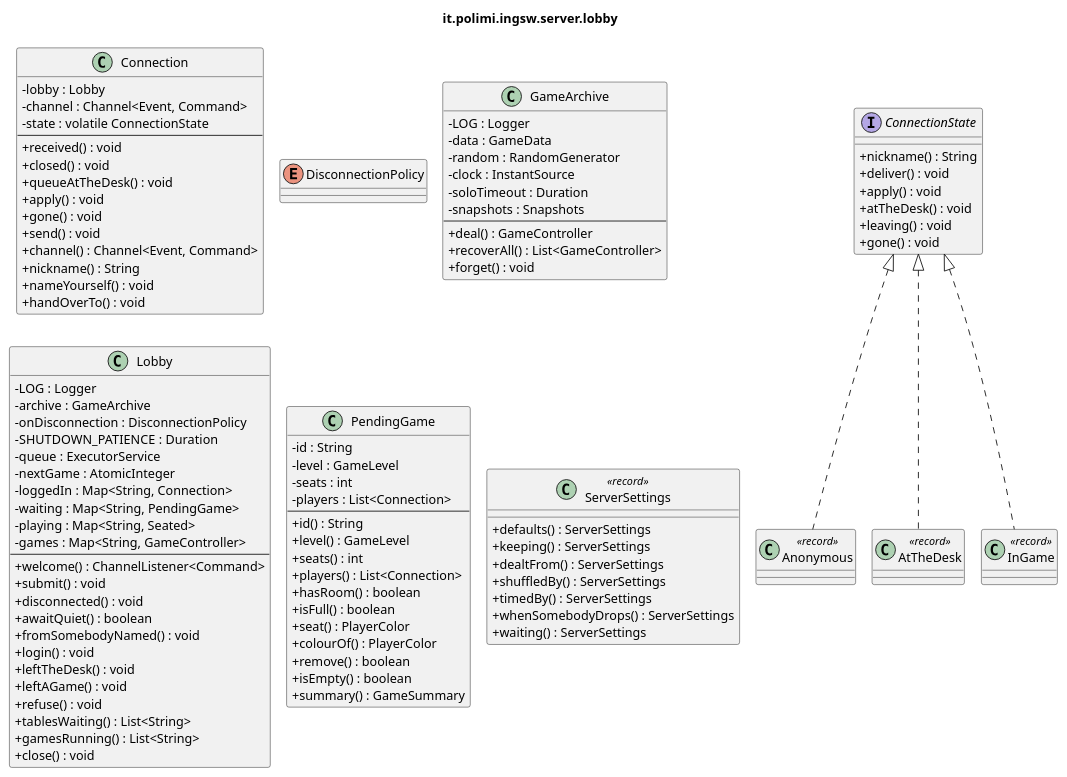
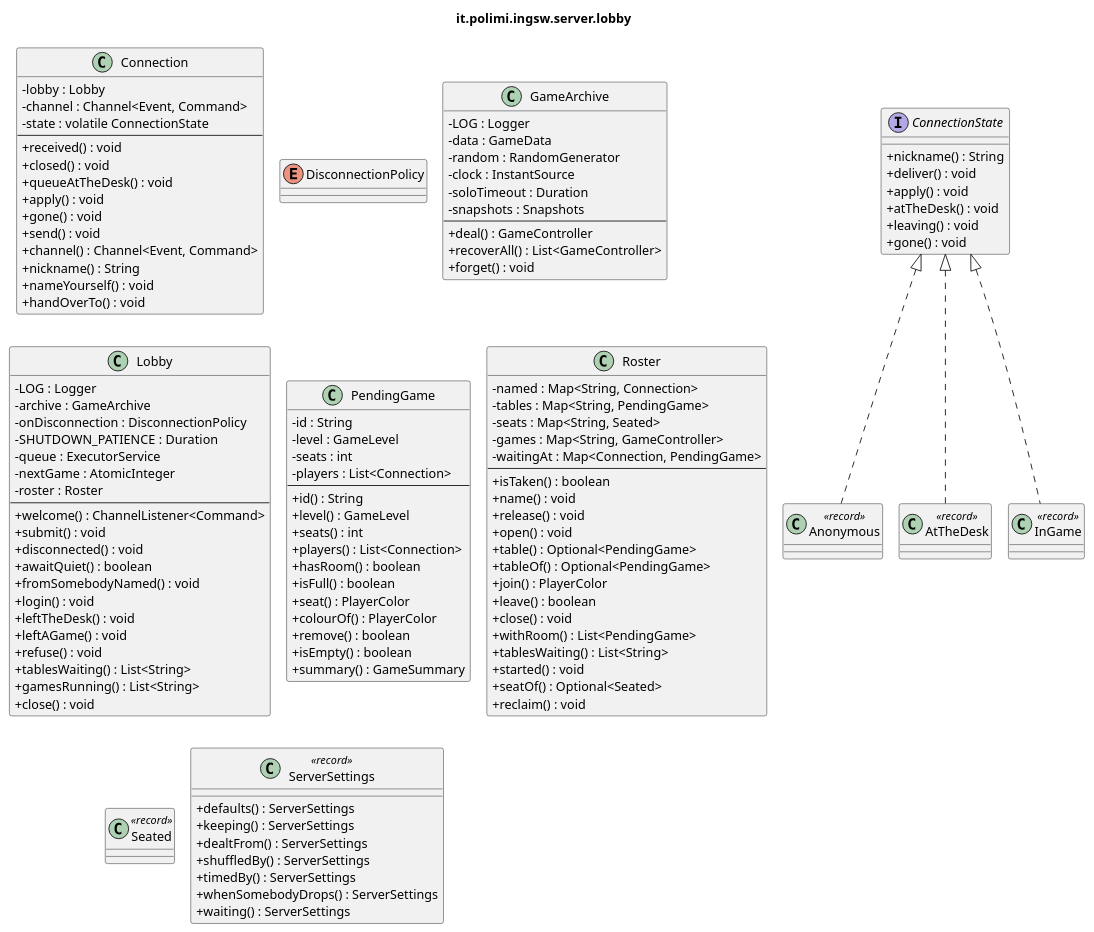
Before and after one commit to samuelesegrini/ing-sw-2025-segrini-terribile-varricchio-zanca: the diagram in docs/uml/detailed/server-lobby.puml, drawn with PlantUML. The commit also changed 3 other files, not shown here.

```diff
--- a/docs/uml/detailed/server-lobby.puml
+++ b/docs/uml/detailed/server-lobby.puml
@@ -1,108 +1,129 @@
 @startuml it_polimi_ingsw_server_lobby
 ' Generated by tools/uml/generate-detailed.py. Do not edit by hand.
 !pragma layout smetana
 skinparam shadowing false
 skinparam classAttributeIconSize 0
 title it.polimi.ingsw.server.lobby
 
 class Connection {
   -lobby : Lobby
   -channel : Channel<Event, Command>
   -state : volatile ConnectionState
   --
   +received() : void
   +closed() : void
   +queueAtTheDesk() : void
   +apply() : void
   +gone() : void
   +send() : void
   +channel() : Channel<Event, Command>
   +nickname() : String
   +nameYourself() : void
   +handOverTo() : void
 }
 interface ConnectionState {
   +nickname() : String
   +deliver() : void
   +apply() : void
   +atTheDesk() : void
   +leaving() : void
   +gone() : void
 }
 class Anonymous <<record>> {
 }
 class AtTheDesk <<record>> {
 }
 class InGame <<record>> {
 }
 enum DisconnectionPolicy {
 }
 class GameArchive {
   -LOG : Logger
   -data : GameData
   -random : RandomGenerator
   -clock : InstantSource
   -soloTimeout : Duration
   -snapshots : Snapshots
   --
   +deal() : GameController
   +recoverAll() : List<GameController>
   +forget() : void
 }
 class Lobby {
   -LOG : Logger
   -archive : GameArchive
   -onDisconnection : DisconnectionPolicy
   -SHUTDOWN_PATIENCE : Duration
   -queue : ExecutorService
   -nextGame : AtomicInteger
-  -loggedIn : Map<String, Connection>
-  -waiting : Map<String, PendingGame>
-  -playing : Map<String, Seated>
-  -games : Map<String, GameController>
+  -roster : Roster
   --
   +welcome() : ChannelListener<Command>
   +submit() : void
   +disconnected() : void
   +awaitQuiet() : boolean
   +fromSomebodyNamed() : void
   +login() : void
   +leftTheDesk() : void
   +leftAGame() : void
   +refuse() : void
   +tablesWaiting() : List<String>
   +gamesRunning() : List<String>
   +close() : void
 }
 class PendingGame {
   -id : String
   -level : GameLevel
   -seats : int
   -players : List<Connection>
   --
   +id() : String
   +level() : GameLevel
   +seats() : int
   +players() : List<Connection>
   +hasRoom() : boolean
   +isFull() : boolean
   +seat() : PlayerColor
   +colourOf() : PlayerColor
   +remove() : boolean
   +isEmpty() : boolean
   +summary() : GameSummary
 }
+class Roster {
+  -named : Map<String, Connection>
+  -tables : Map<String, PendingGame>
+  -seats : Map<String, Seated>
+  -games : Map<String, GameController>
+  -waitingAt : Map<Connection, PendingGame>
+  --
+  +isTaken() : boolean
+  +name() : void
+  +release() : void
+  +open() : void
+  +table() : Optional<PendingGame>
+  +tableOf() : Optional<PendingGame>
+  +join() : PlayerColor
+  +leave() : boolean
+  +close() : void
+  +withRoom() : List<PendingGame>
+  +tablesWaiting() : List<String>
+  +started() : void
+  +seatOf() : Optional<Seated>
+  +reclaim() : void
+}
+class Seated <<record>> {
+}
 class ServerSettings <<record>> {
   +defaults() : ServerSettings
   +keeping() : ServerSettings
   +dealtFrom() : ServerSettings
   +shuffledBy() : ServerSettings
   +timedBy() : ServerSettings
   +whenSomebodyDrops() : ServerSettings
   +waiting() : ServerSettings
 }
 
 ConnectionState <|.. Anonymous
 ConnectionState <|.. AtTheDesk
 ConnectionState <|.. InGame
 @enduml
```
